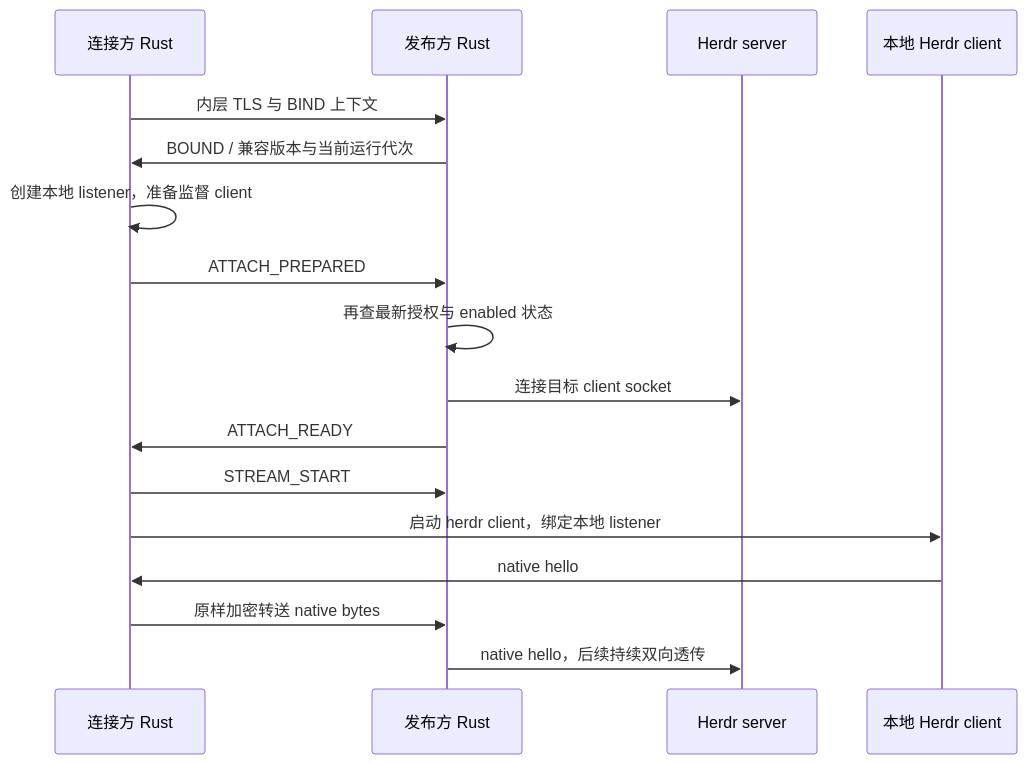
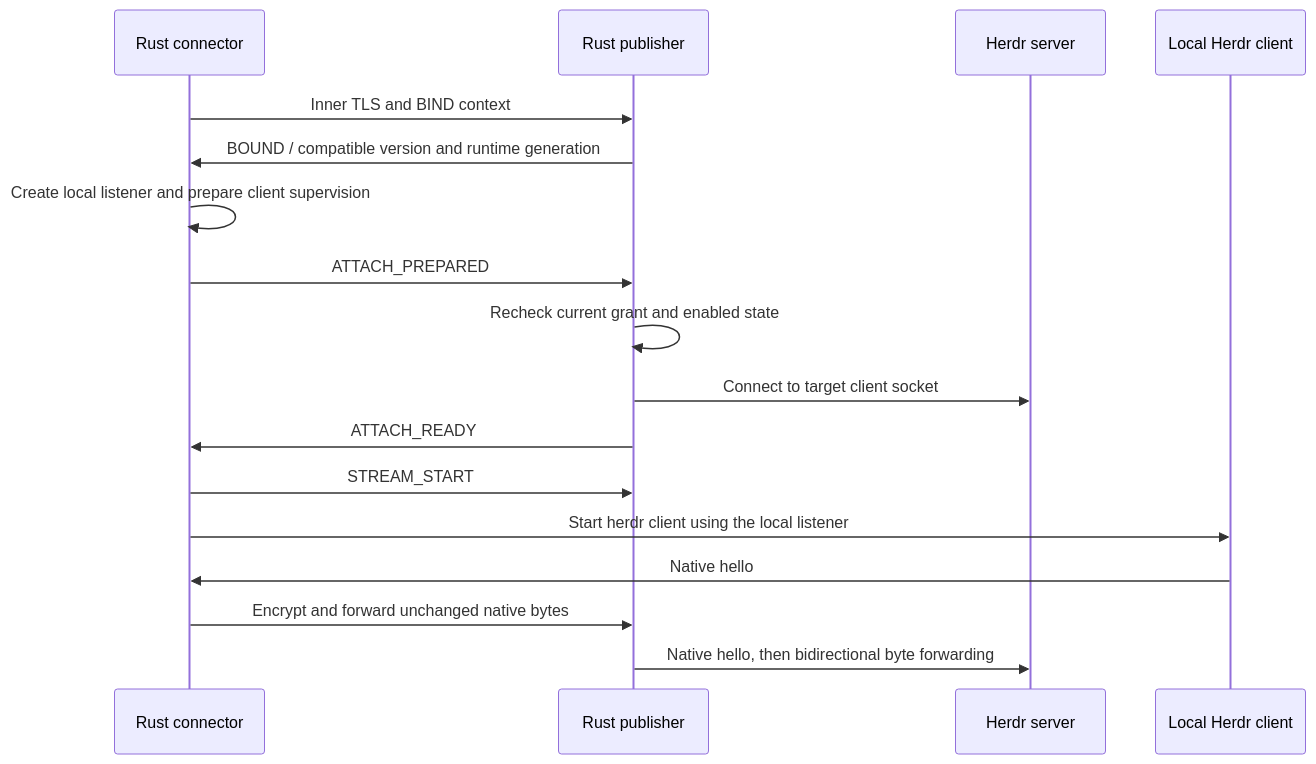
Before and after one commit to hackerchai/herdr-relay: the diagram in protocol/README.md, drawn with Mermaid. The commit also changed other lines of this file and 4 other files, not shown here.

````diff
--- a/protocol/README.md
+++ b/protocol/README.md
@@ -48,19 +100,19 @@
 ```mermaid
 sequenceDiagram
-    participant C as 连接方 Rust
-    participant H as 发布方 Rust
+    participant C as Rust connector
+    participant H as Rust publisher
     participant S as Herdr server
-    participant N as 本地 Herdr client
-    C->>H: 内层 TLS 与 BIND 上下文
-    H->>C: BOUND / 兼容版本与当前运行代次
-    C->>C: 创建本地 listener，准备监督 client
+    participant N as Local Herdr client
+    C->>H: Inner TLS and BIND context
+    H->>C: BOUND / compatible version and runtime generation
+    C->>C: Create local listener and prepare client supervision
     C->>H: ATTACH_PREPARED
-    H->>H: 再查最新授权与 enabled 状态
-    H->>S: 连接目标 client socket
+    H->>H: Recheck current grant and enabled state
+    H->>S: Connect to target client socket
     H->>C: ATTACH_READY
     C->>H: STREAM_START
-    C->>N: 启动 herdr client，绑定本地 listener
-    N->>C: native hello
-    C->>H: 原样加密转送 native bytes
-    H->>S: native hello，后续持续双向透传
+    C->>N: Start herdr client using the local listener
+    N->>C: Native hello
+    C->>H: Encrypt and forward unchanged native bytes
+    H->>S: Native hello, then bidirectional byte forwarding
 ```
````
